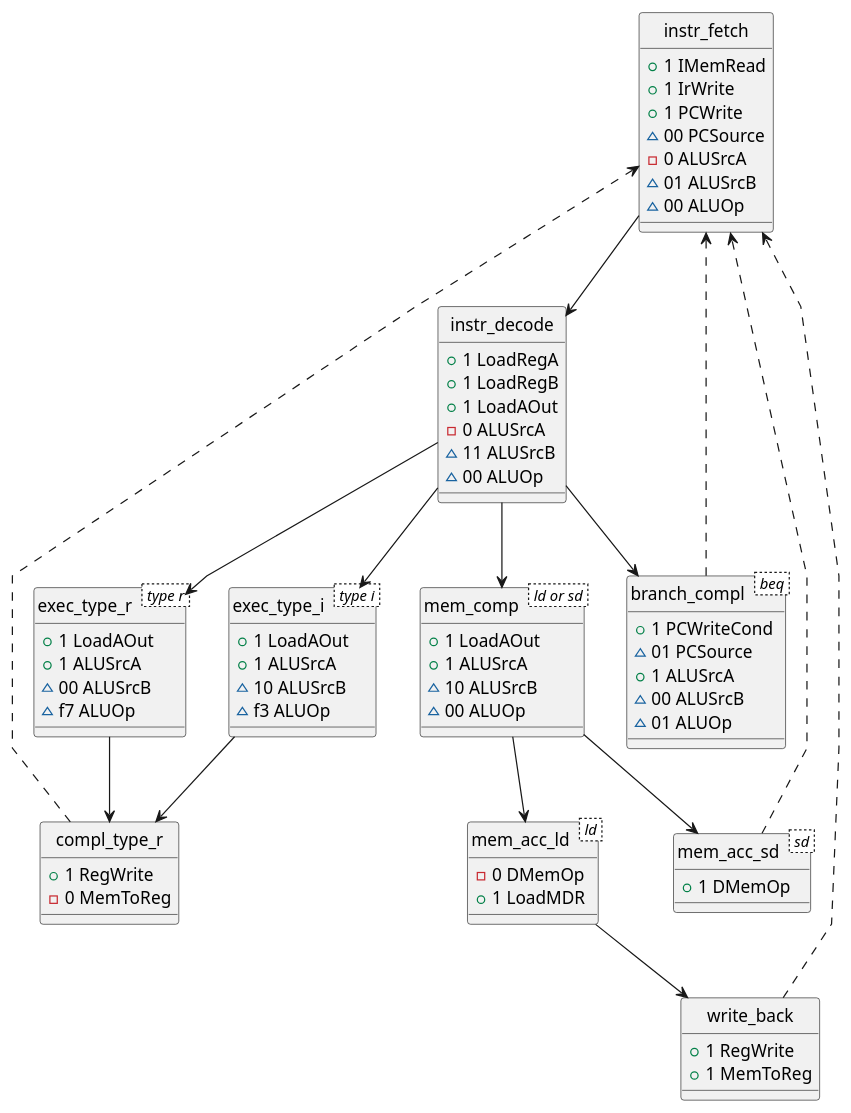
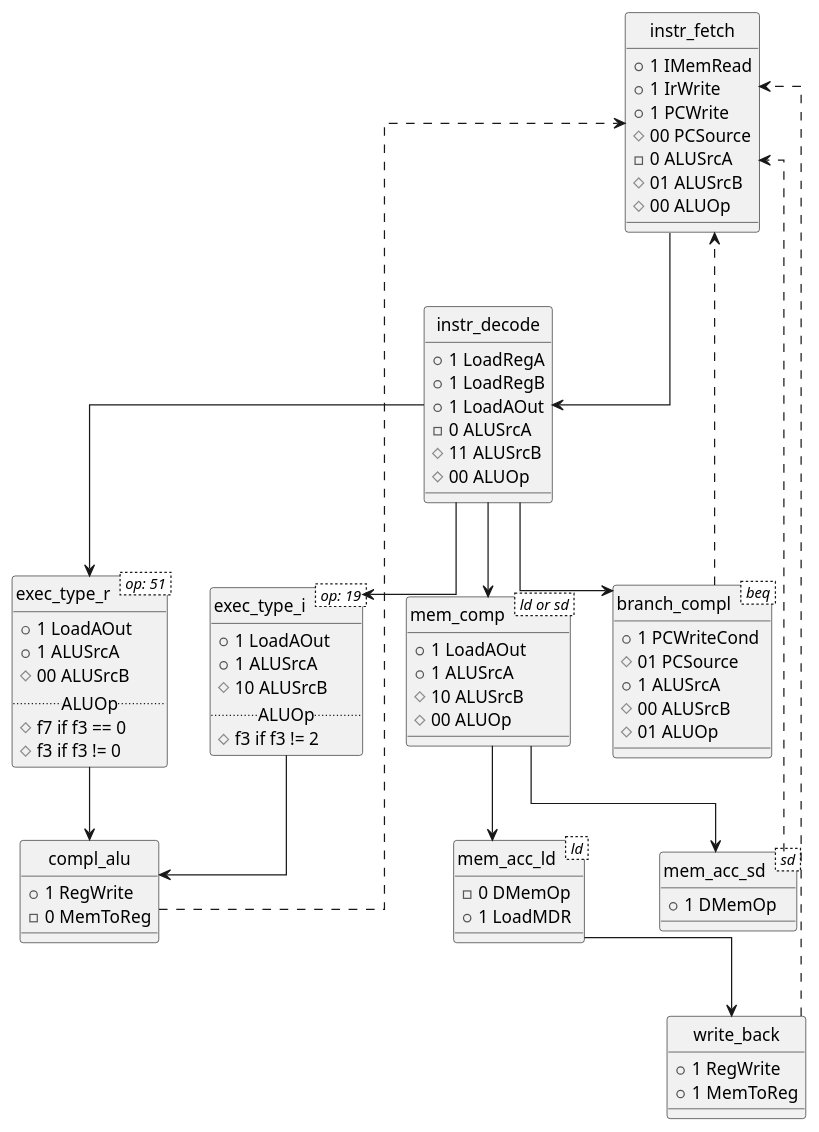
The diagram in docs/state.plantuml (aricneto/RISC-DCCCLXVII), drawn with PlantUML before and after one commit.

Commit message:
Updated state

```diff
--- a/docs/state.plantuml
+++ b/docs/state.plantuml
@@ -1,99 +1,103 @@
-@startuml
+@startuml state
 
-'skinparam monochrome true
-skinparam linetype polyline
+skinparam monochrome true
+'line ortho, polyline
+skinparam linetype ortho
 skinparam shadowing false
 
 class instr_fetch {
     + 1 IMemRead
     + 1 IrWrite
     + 1 PCWrite
-    ~ 00 PCSource
+    # 00 PCSource
     - 0 ALUSrcA
-    ~ 01 ALUSrcB
-    ~ 00 ALUOp
+    # 01 ALUSrcB
+    # 00 ALUOp
 }
 
 class instr_decode {
     + 1 LoadRegA
     + 1 LoadRegB
     + 1 LoadAOut
     - 0 ALUSrcA
-    ~ 11 ALUSrcB
-    ~ 00 ALUOp
+    # 11 ALUSrcB
+    # 00 ALUOp
 }
 
 class mem_comp < ld or sd > {
     + 1 LoadAOut
     + 1 ALUSrcA
-    ~ 10 ALUSrcB
-    ~ 00 ALUOp 
+    # 10 ALUSrcB
+    # 00 ALUOp 
 }
 
 class mem_acc_ld < ld > {
     - 0 DMemOp
     + 1 LoadMDR
 }
 
 class mem_acc_sd < sd >{
     + 1 DMemOp
 }
 
 class write_back {
     + 1 RegWrite
     + 1 MemToReg
 }
 
-class exec_type_r < type r >{
+class exec_type_r < op: 51 >{
     + 1 LoadAOut
     + 1 ALUSrcA
-    ~ 00 ALUSrcB
-    ~ f7 ALUOp
+    # 00 ALUSrcB
+    .. ALUOp ..
+    # f7 if f3 == 0
+    # f3 if f3 != 0
 }
 
-class exec_type_i < type i >{
+class exec_type_i < op: 19 >{
     + 1 LoadAOut
     + 1 ALUSrcA
-    ~ 10 ALUSrcB
-    ~ f3 ALUOp
+    # 10 ALUSrcB
+    .. ALUOp ..
+    # f3 if f3 != 2
 }
 
-class compl_type_r {
+class compl_alu {
     + 1 RegWrite
     - 0 MemToReg
 }
 
-class branch_compl < beq >{
+class branch_compl < beq > {
     + 1 PCWriteCond
-    ~ 01 PCSource
+    # 01 PCSource
     + 1 ALUSrcA
-    ~ 00 ALUSrcB
-    ~ 01 ALUOp
+    # 00 ALUSrcB
+    # 01 ALUOp
 }
 
 instr_fetch --> instr_decode
 
 instr_decode --> mem_comp
 instr_decode --> exec_type_i
 instr_decode --> exec_type_r
 instr_decode --> branch_compl
 
 mem_comp --> mem_acc_ld
 mem_comp --> mem_acc_sd
 
 mem_acc_ld --> write_back
 write_back ..> instr_fetch
 
 mem_acc_sd ..> instr_fetch
 
-exec_type_r --> compl_type_r
-exec_type_i --> compl_type_r
+exec_type_r --> compl_alu
+exec_type_i --> compl_alu
 
-compl_type_r ..> instr_fetch
+compl_alu ..> instr_fetch
 
 branch_compl ..> instr_fetch
 
 
 hide class circle
 
 @enduml
```
